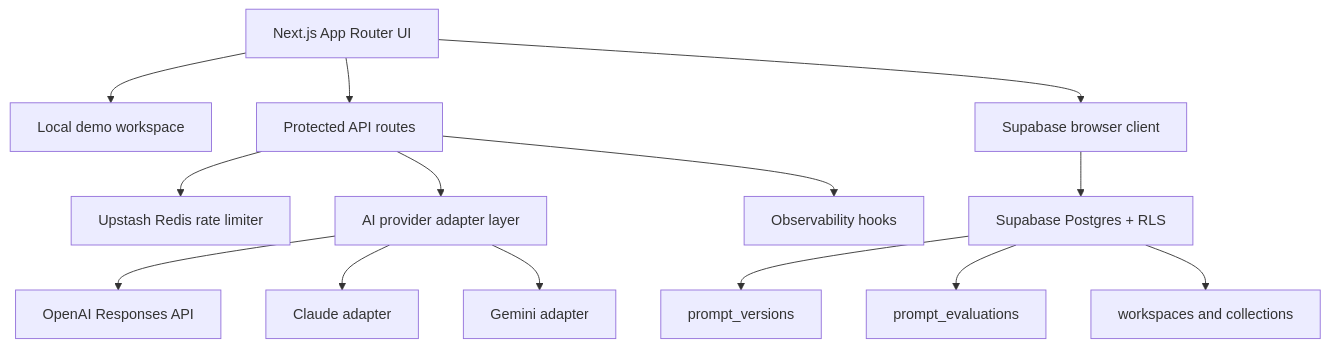
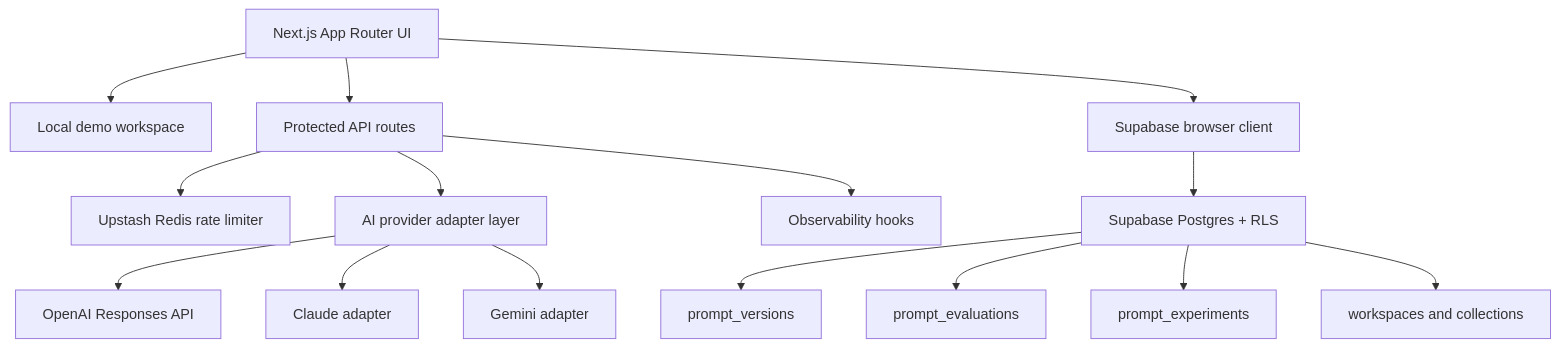
Before and after one commit to obone410/AI-Prompt-Management-Platform: the second of 2 diagrams in README.md, drawn with Mermaid. The commit also changed other lines of this file and 15 other files, not shown here.

````diff
--- a/README.md
+++ b/README.md
@@ -72,16 +78,17 @@
 ```mermaid
 flowchart TD
   UI["Next.js App Router UI"] --> Local["Local demo workspace"]
   UI --> API["Protected API routes"]
   UI --> SupabaseClient["Supabase browser client"]
   API --> RateLimit["Upstash Redis rate limiter"]
   API --> Providers["AI provider adapter layer"]
   Providers --> OpenAI["OpenAI Responses API"]
   Providers --> Claude["Claude adapter"]
   Providers --> Gemini["Gemini adapter"]
   API --> Observability["Observability hooks"]
   SupabaseClient --> RLS["Supabase Postgres + RLS"]
   RLS --> Versions["prompt_versions"]
   RLS --> Evaluations["prompt_evaluations"]
+  RLS --> Experiments["prompt_experiments"]
   RLS --> Workspaces["workspaces and collections"]
 ```
````
